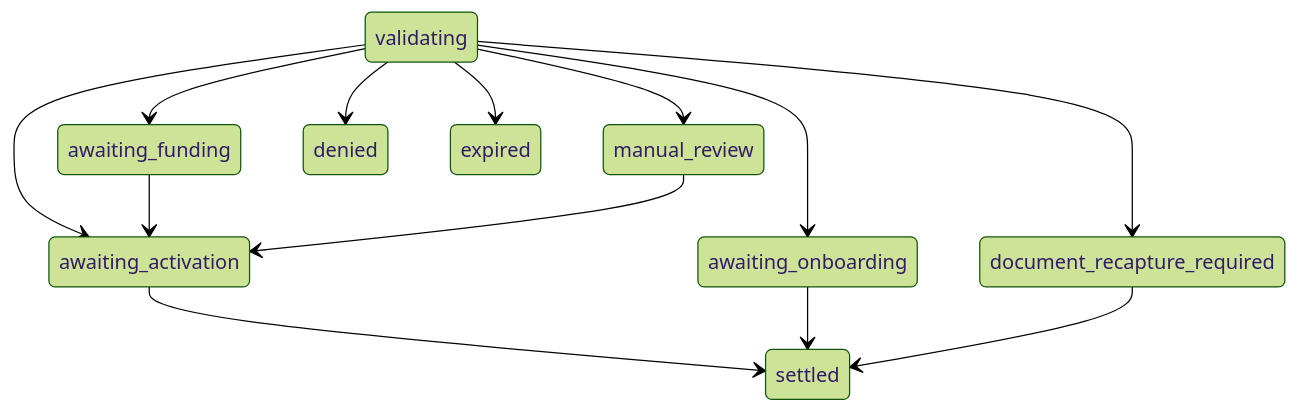
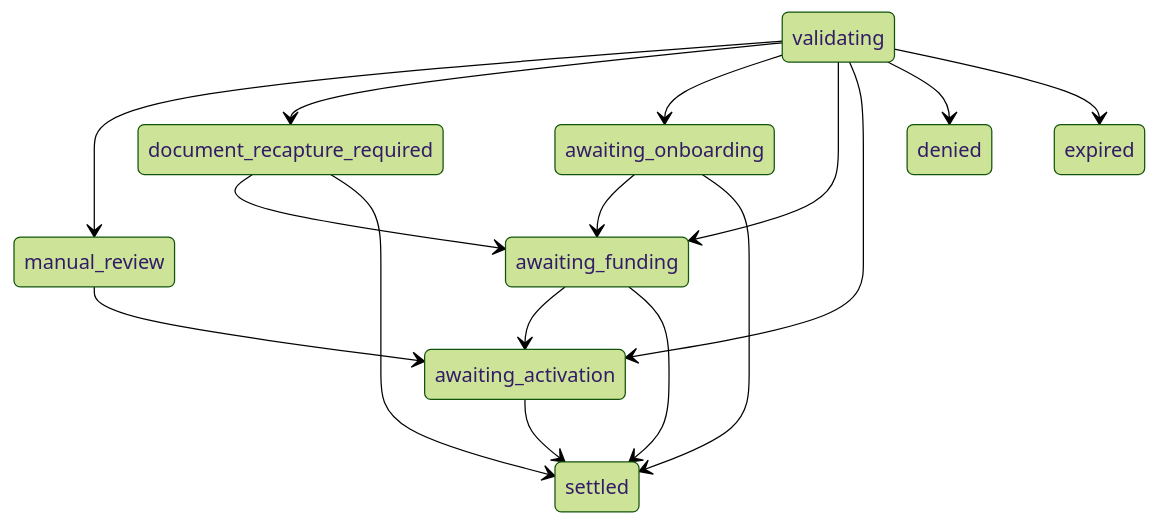
One commit to bipa-app/docs changed the diagram in originations.mdx. Above: the diagram before and after it, drawn with Mermaid (forest theme). The commit also changed other lines of this file and 1 other file, not shown here.

First line of the commit message:
docs(originations): document BRL-cent history and current funding flow

````diff
--- a/originations.mdx
+++ b/originations.mdx
@@ -61,15 +62,18 @@
 ```mermaid
 stateDiagram-v2
     validating --> manual_review
     validating --> document_recapture_required
     validating --> awaiting_onboarding
     validating --> awaiting_funding
     validating --> awaiting_activation
     awaiting_funding --> awaiting_activation
+    awaiting_funding --> settled
+    awaiting_onboarding --> awaiting_funding
+    document_recapture_required --> awaiting_funding
     awaiting_activation --> settled
     awaiting_onboarding --> settled
     document_recapture_required --> settled
     manual_review --> awaiting_activation
     validating --> denied
     validating --> expired
 ```
````
